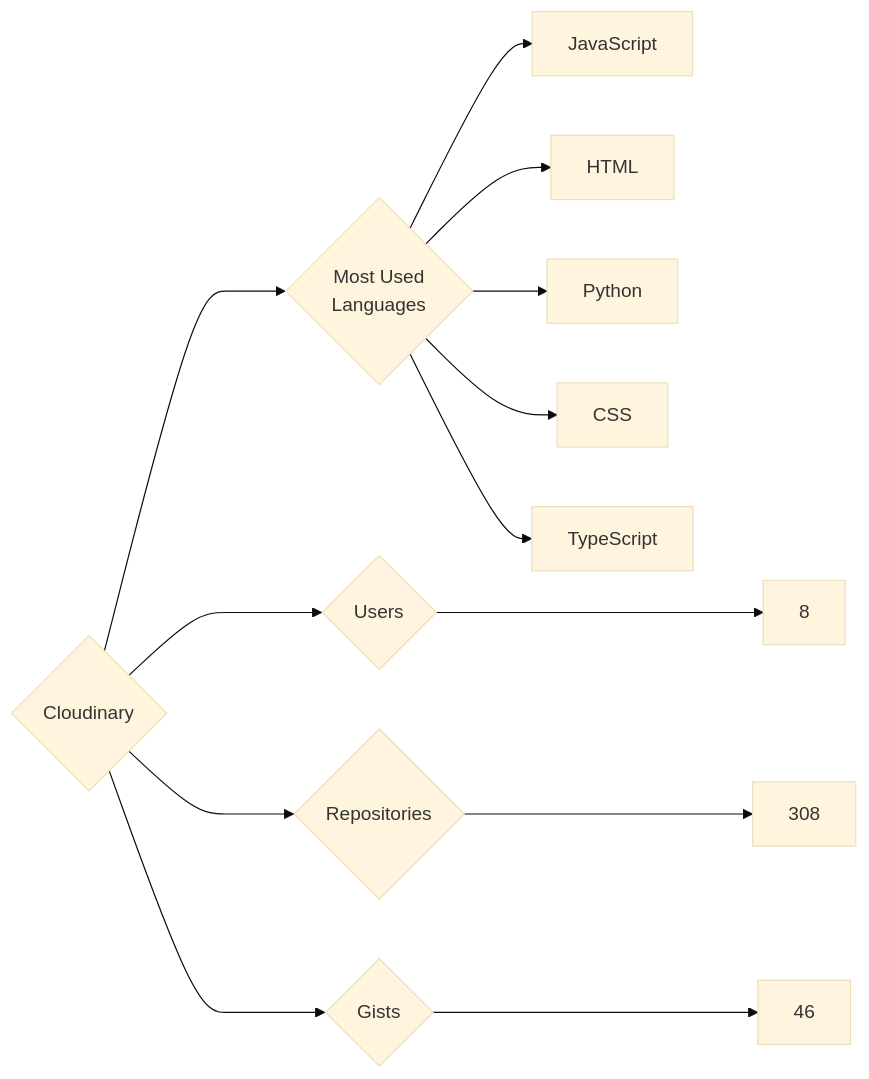
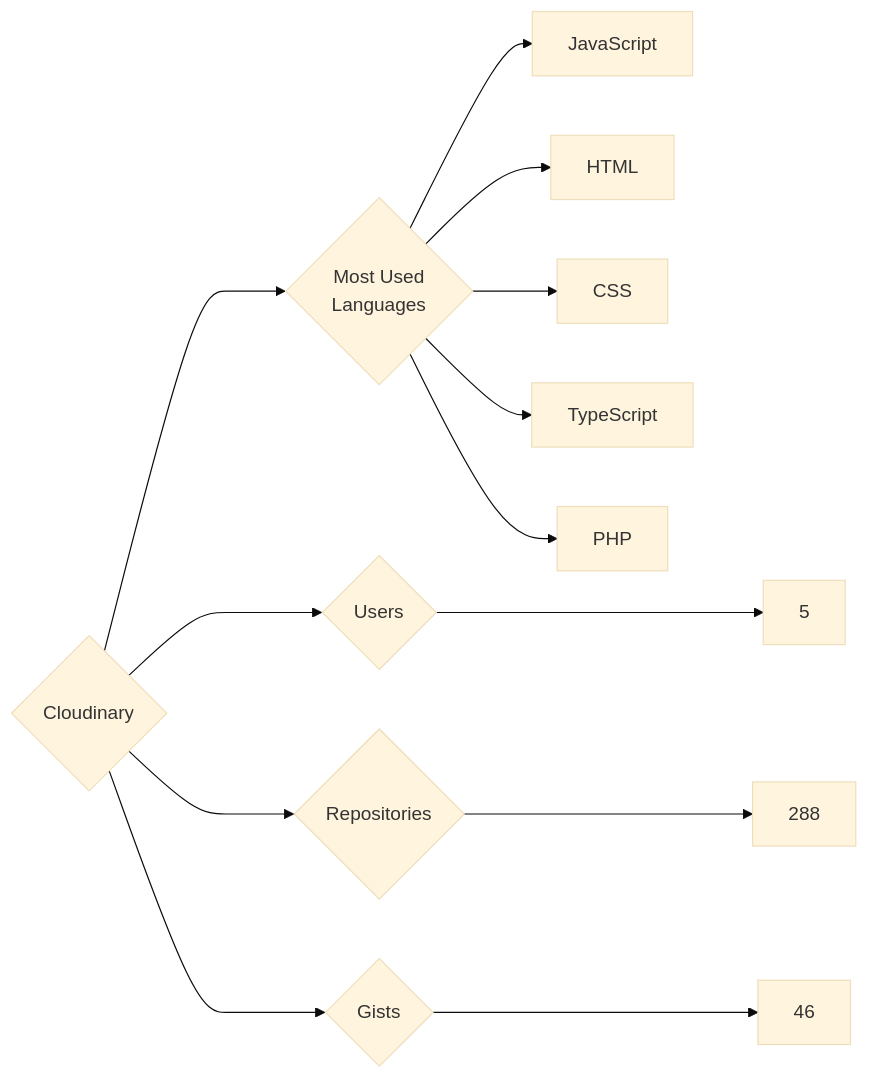
One commit to trickest/insiders changed the diagram in targets/Cloudinary/README.md. Above: the diagram before and after it, drawn with Mermaid (base theme). The commit also changed 815 other files, not shown here.

````diff
--- a/targets/Cloudinary/README.md
+++ b/targets/Cloudinary/README.md
@@ -3,13 +3,13 @@
 ```mermaid
 graph LR
 COMPANY_NAME{Cloudinary}
-COMPANY_NAME ---> U{Users} ---> UN[8]
-COMPANY_NAME ---> R{Repositories} ---> RN[308]
+COMPANY_NAME ---> U{Users} ---> UN[5]
+COMPANY_NAME ---> R{Repositories} ---> RN[288]
 COMPANY_NAME ---> G{Gists} ---> GN[46]
 COMPANY_NAME ---> ML{Most Used<br>Languages}
 ML --> JavaScript[JavaScript]
 ML --> HTML[HTML]
-ML --> Python[Python]
 ML --> CSS[CSS]
 ML --> TypeScript[TypeScript]
+ML --> PHP[PHP]
 ```
````
